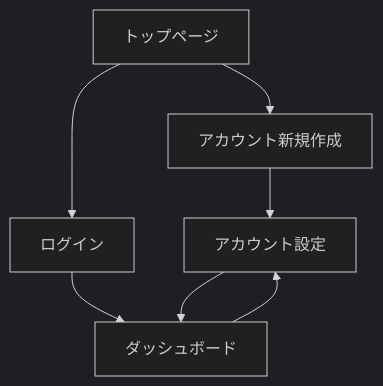
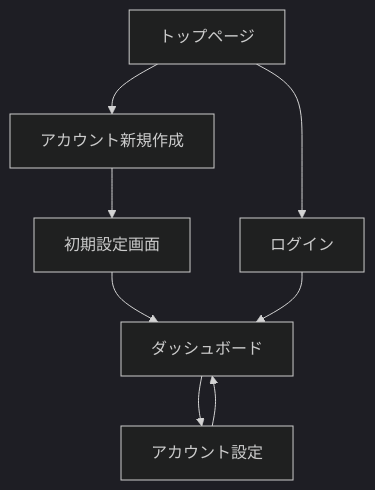
The diagram in Doc/画面設計書.md (shimizu-tkmt/DcScrapingPlatform), drawn with Mermaid (dark theme) before and after one commit. The commit also changed other lines of this file and 9 other files, not shown here.

````diff
--- a/Doc/画面設計書.md
+++ b/Doc/画面設計書.md
@@ -99,9 +119,10 @@
 ```mermaid
 graph TD
     トップページ[トップページ] --> アカウント新規作成[アカウント新規作成]
     トップページ[トップページ] --> ログイン[ログイン]
-    アカウント新規作成[アカウント新規作成] --> アカウント設定[アカウント設定]
+    アカウント新規作成[アカウント新規作成] --> 初期設定画面[初期設定画面]
+    初期設定画面[初期設定画面] --> ダッシュボード[ダッシュボード]
     ログイン[ログイン] --> ダッシュボード[ダッシュボード]
     ダッシュボード[ダッシュボード] --> アカウント設定[アカウント設定]
     アカウント設定[アカウント設定] --> ダッシュボード[ダッシュボード]
 ```
````
